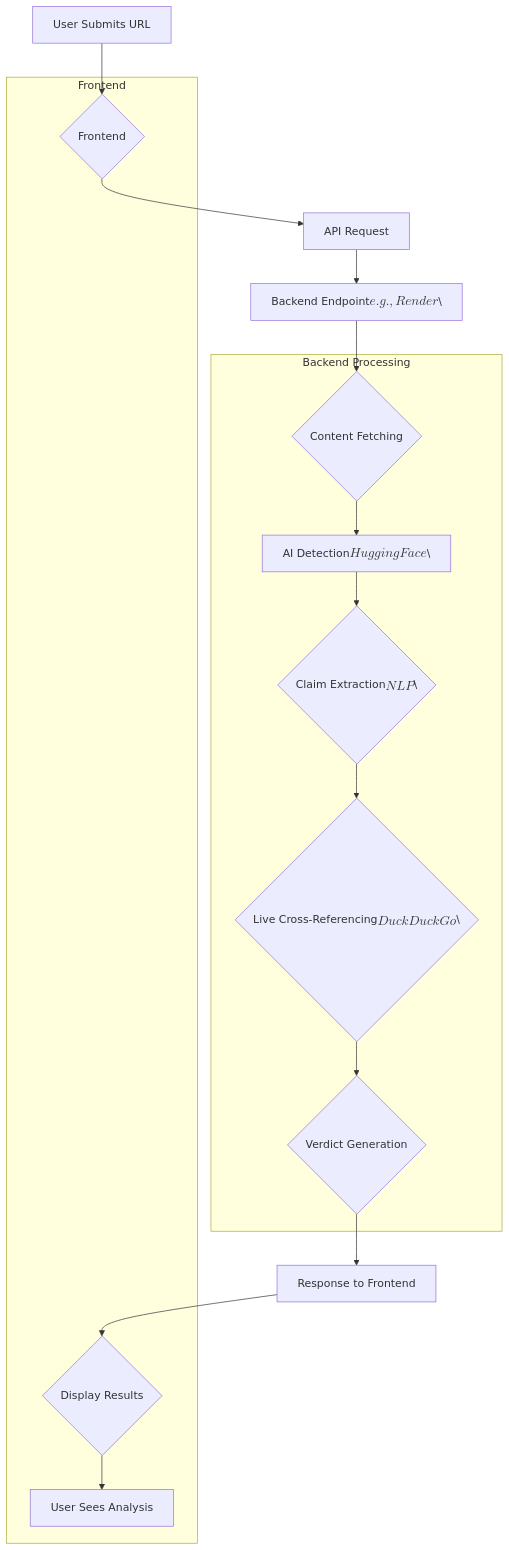
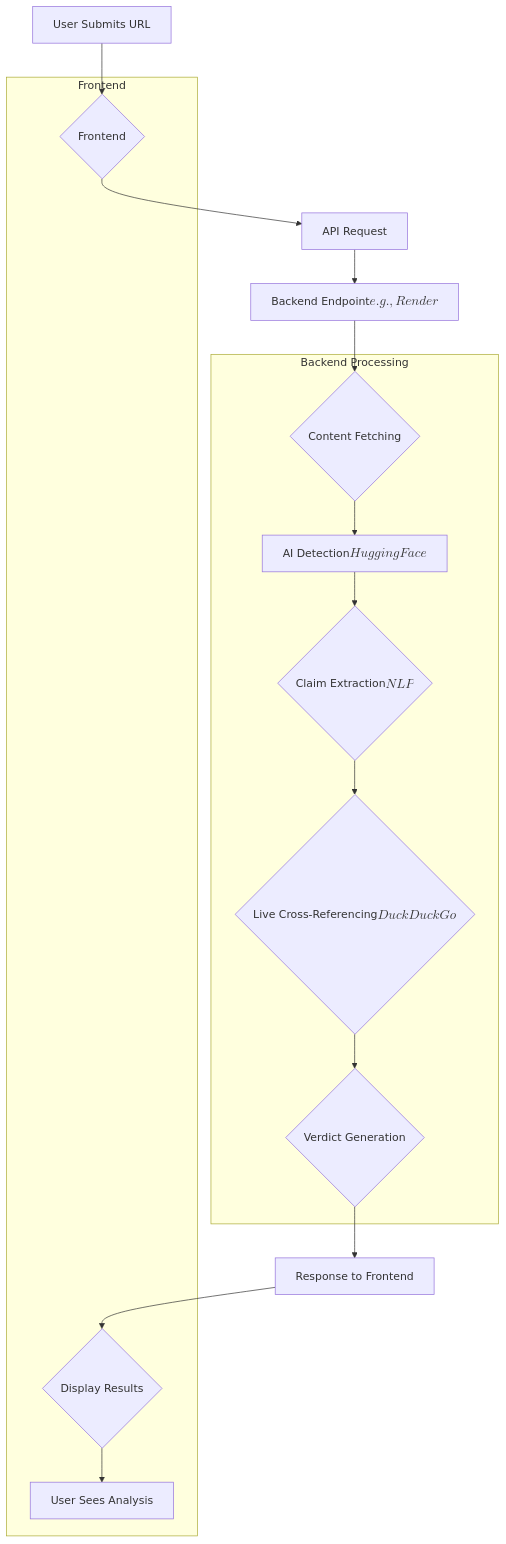
The diagram in methodology.md (Arjun-K-Varkey/realaicheck.github.io), drawn with Mermaid before and after one commit.

````diff
--- a/methodology.md
+++ b/methodology.md
@@ -29,28 +29,28 @@
 ```mermaid
 graph TD
     A[User Submits URL] --> B{Frontend};
     B --> C[API Request];
-    C --> D[Backend Endpoint $$e.g., Render$$\];
+    C --> D[Backend Endpoint $$e.g., Render$$];
     D --> E{Content Fetching};
-    E --> F[AI Detection $$Hugging Face$$\];
-    F --> G{Claim Extraction $$NLP$$\};
-    G --> H{Live Cross-Referencing $$DuckDuckGo$$\};
+    E --> F[AI Detection $$Hugging Face$$];
+    F --> G{Claim Extraction $$NLP$$};
+    G --> H{Live Cross-Referencing $$DuckDuckGo$$};
     H --> I{Verdict Generation};
     I --> J[Response to Frontend];
     J --> K{Display Results};
     K --> L[User Sees Analysis];
 
     subgraph Backend Processing
         E
         F
         G
         H
         I
     end
 
     subgraph Frontend
         B
         K
         L
     end
 ```
````
